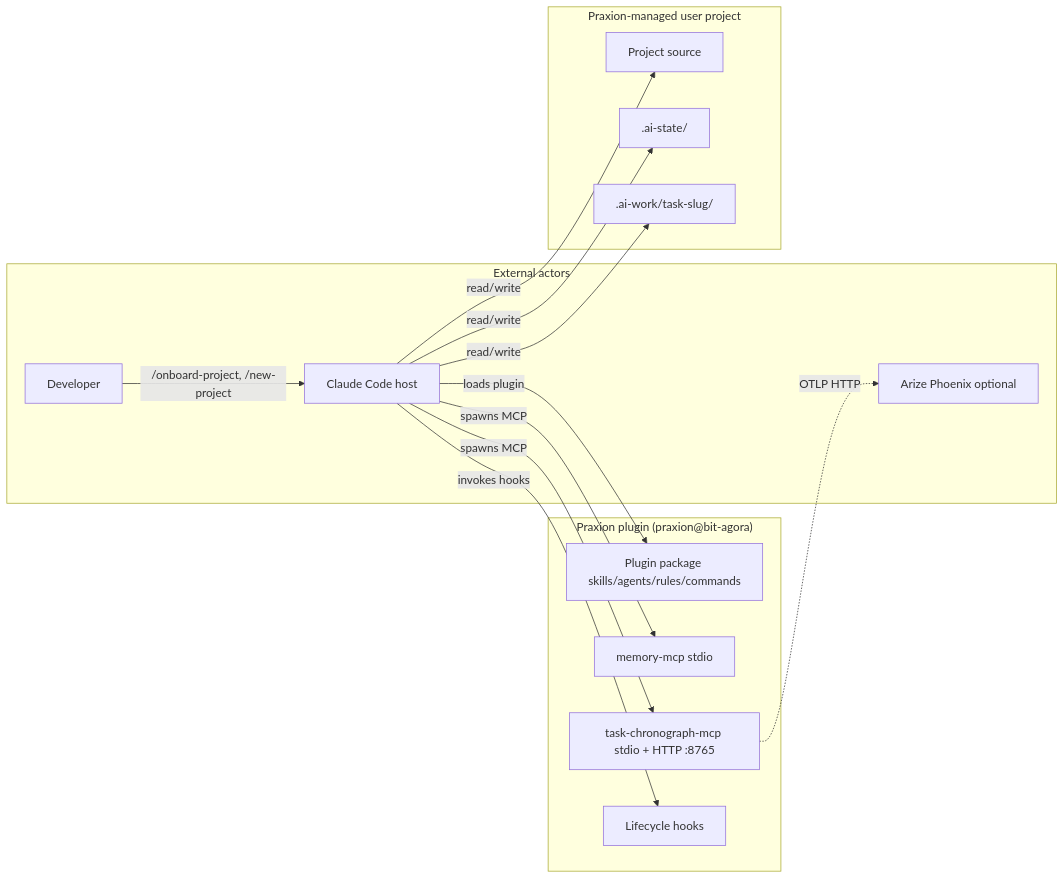
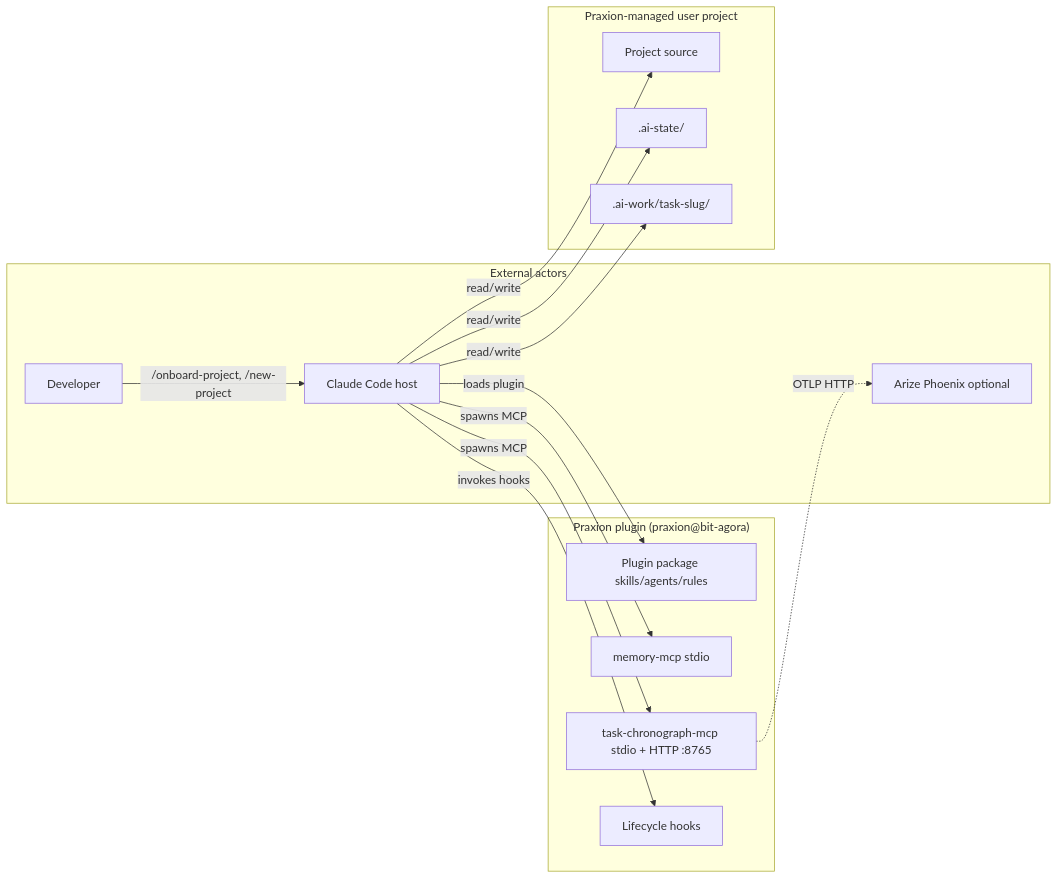
Before and after one commit to francisco-perez-sorrosal/praxion: the diagram in .ai-state/diagrams/deployment-system-context/src/deployment-system-context.mmd, drawn with Mermaid. The commit also changed 23 other files, not shown here.

First line of the commit message:
Remove the commands element from the architecture model, the design document and the developer guide

```diff
--- a/.ai-state/diagrams/deployment-system-context/src/deployment-system-context.mmd
+++ b/.ai-state/diagrams/deployment-system-context/src/deployment-system-context.mmd
@@ -1,26 +1,26 @@
 graph LR
     subgraph External["External actors"]
         Dev[Developer]
         CC[Claude Code host]
         Phoenix[Arize Phoenix optional]
     end
     subgraph Praxion["Praxion plugin (praxion@bit-agora)"]
-        Pkg[Plugin package skills/agents/rules/commands]
+        Pkg[Plugin package skills/agents/rules]
         MCP1[memory-mcp stdio]
         MCP2[task-chronograph-mcp stdio + HTTP :8765]
         Hooks[Lifecycle hooks]
     end
     subgraph Project["Praxion-managed user project"]
         Code[Project source]
         State[.ai-state/]
         Work[.ai-work/task-slug/]
     end
     Dev -->|/onboard-project, /new-project| CC
     CC -->|loads plugin| Pkg
     CC -->|spawns MCP| MCP1
     CC -->|spawns MCP| MCP2
     MCP2 -.->|OTLP HTTP| Phoenix
     CC -->|invokes hooks| Hooks
     CC -->|read/write| Code
     CC -->|read/write| State
     CC -->|read/write| Work
```
